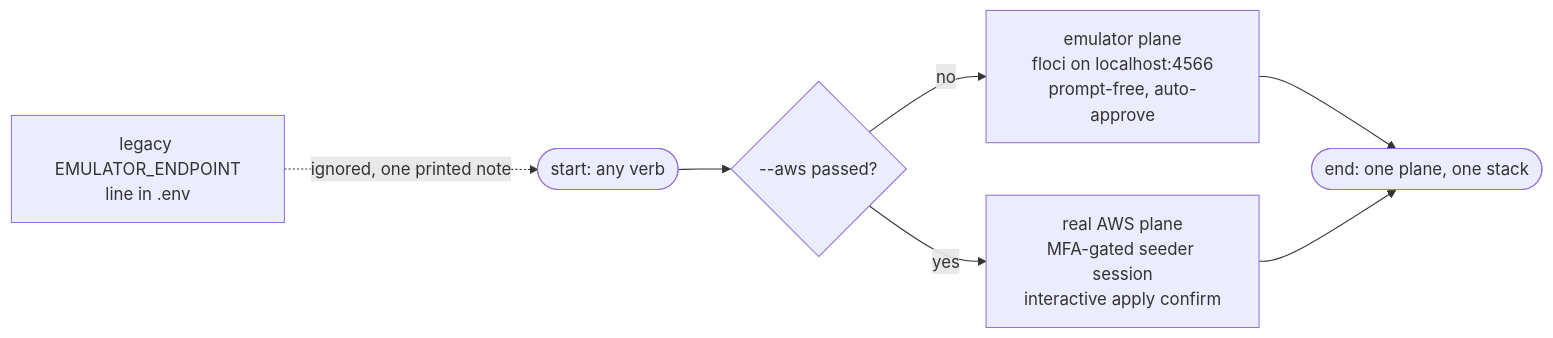
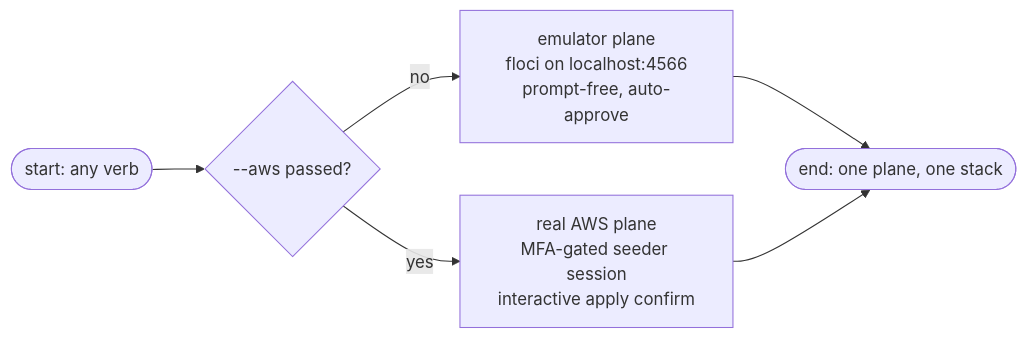
Before and after one commit to kunalPisolkar24/detectAI: the second of 2 diagrams in tools/tfctl/docs/concepts/values.md, drawn with Mermaid. The commit also changed other lines of this file and 16 other files, not shown here.

Commit message:
Drop EMULATOR_ENDPOINT: the observability plane follows the plane flags only

````diff
--- a/tools/tfctl/docs/concepts/values.md
+++ b/tools/tfctl/docs/concepts/values.md
@@ -91,9 +91,8 @@
 ```mermaid
 graph LR
     START(["start: any verb"]) --> FLAG{"--aws passed?"}
     FLAG -->|"no"| FLOCI["emulator plane<br/>floci on localhost:4566<br/>prompt-free, auto-approve"]
     FLAG -->|"yes"| REAL["real AWS plane<br/>MFA-gated seeder session<br/>interactive apply confirm"]
     FLOCI --> END(["end: one plane, one stack"])
     REAL --> END
-    NOTE["legacy EMULATOR_ENDPOINT<br/>line in .env"] -.->|"ignored, one printed note"| START
 ```
````
